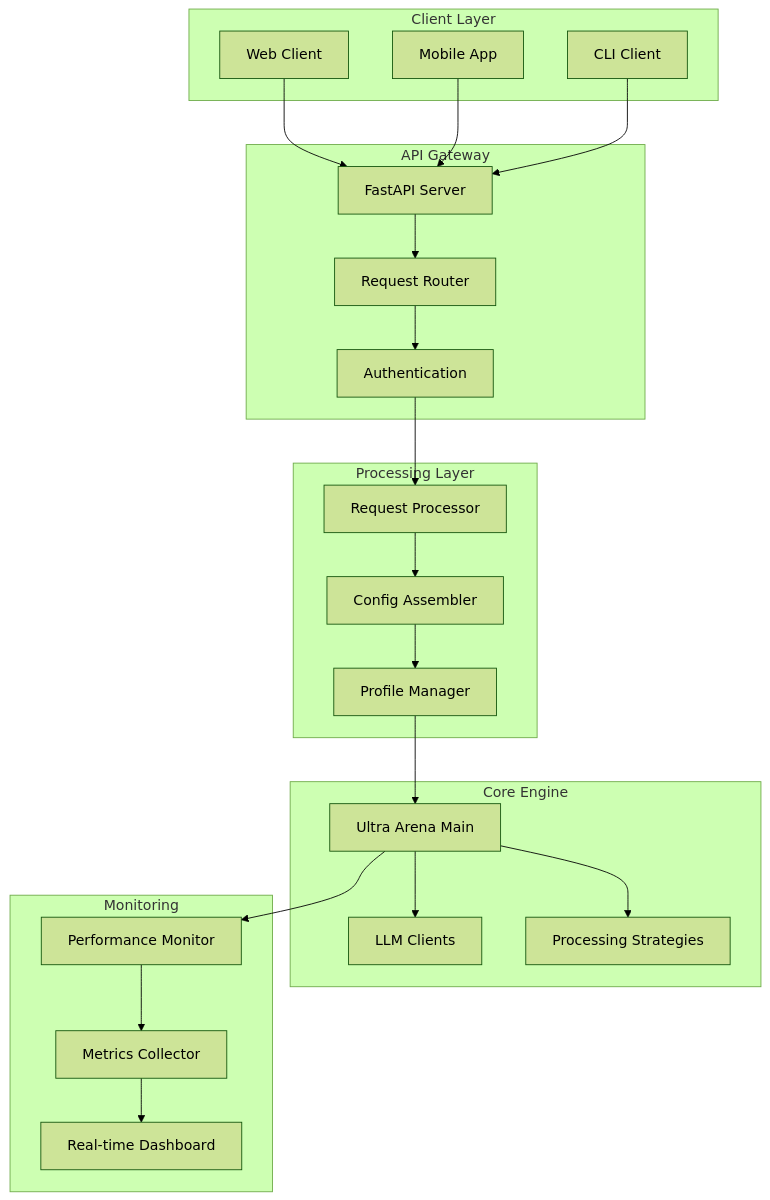
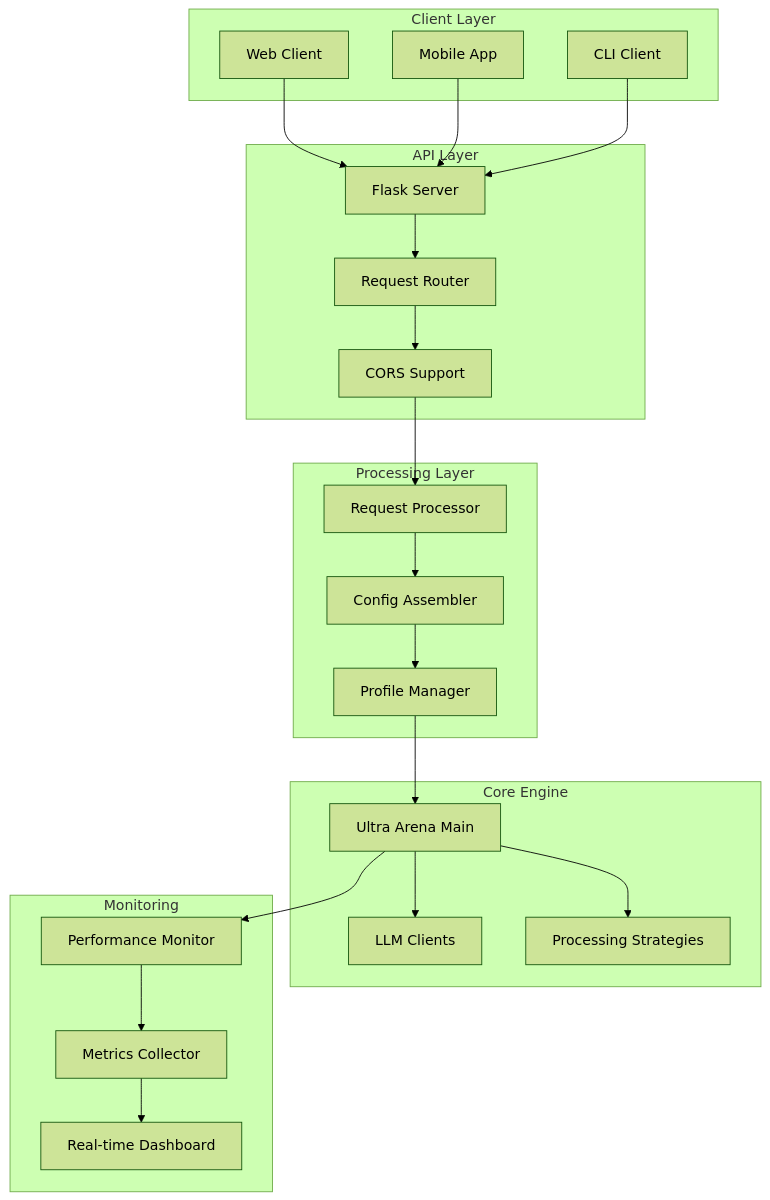
The diagram in Ultra_Arena_Main_Restful/README.md (horselord-joe-8053/ultra-arena-plus), drawn with Mermaid (forest theme) before and after one commit. The commit also changed other lines of this file and 2 other files, not shown here.

````diff
--- a/Ultra_Arena_Main_Restful/README.md
+++ b/Ultra_Arena_Main_Restful/README.md
@@ -7,47 +7,47 @@
 ```mermaid
 graph TB
     subgraph "Client Layer"
         A[Web Client]
         B[Mobile App]
         C[CLI Client]
     end
     
-    subgraph "API Gateway"
-        D[FastAPI Server]
+    subgraph "API Layer"
+        D[Flask Server]
         E[Request Router]
-        F[Authentication]
+        F[CORS Support]
     end
     
     subgraph "Processing Layer"
         G[Request Processor]
         H[Config Assembler]
         I[Profile Manager]
     end
     
     subgraph "Core Engine"
         J[Ultra Arena Main]
         K[LLM Clients]
         L[Processing Strategies]
     end
     
     subgraph "Monitoring"
         M[Performance Monitor]
         N[Metrics Collector]
         O[Real-time Dashboard]
     end
     
     A --> D
     B --> D
     C --> D
     D --> E
     E --> F
     F --> G
     G --> H
     H --> I
     I --> J
     J --> K
     J --> L
     J --> M
     M --> N
     N --> O
 ```
````
